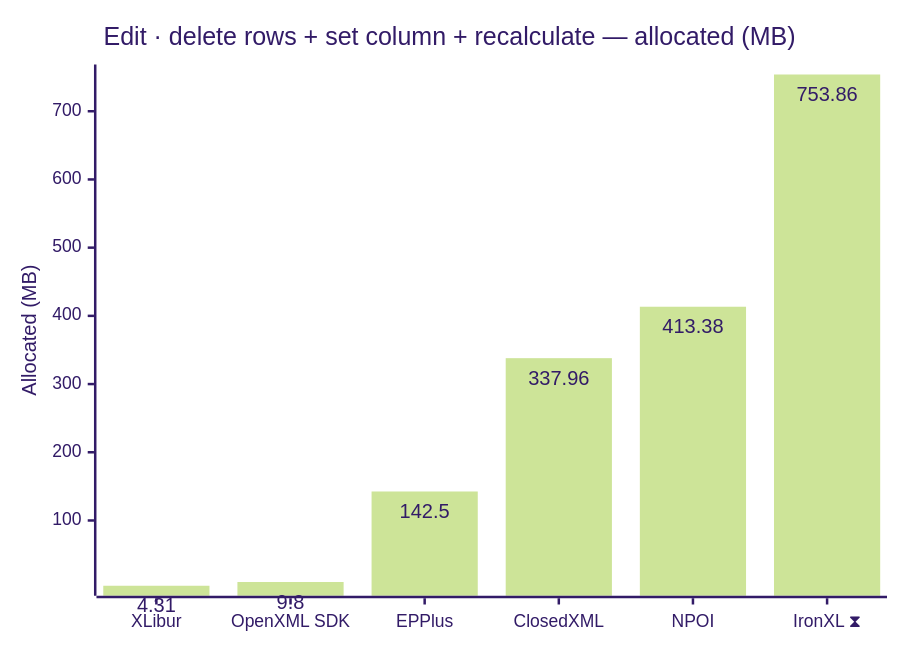
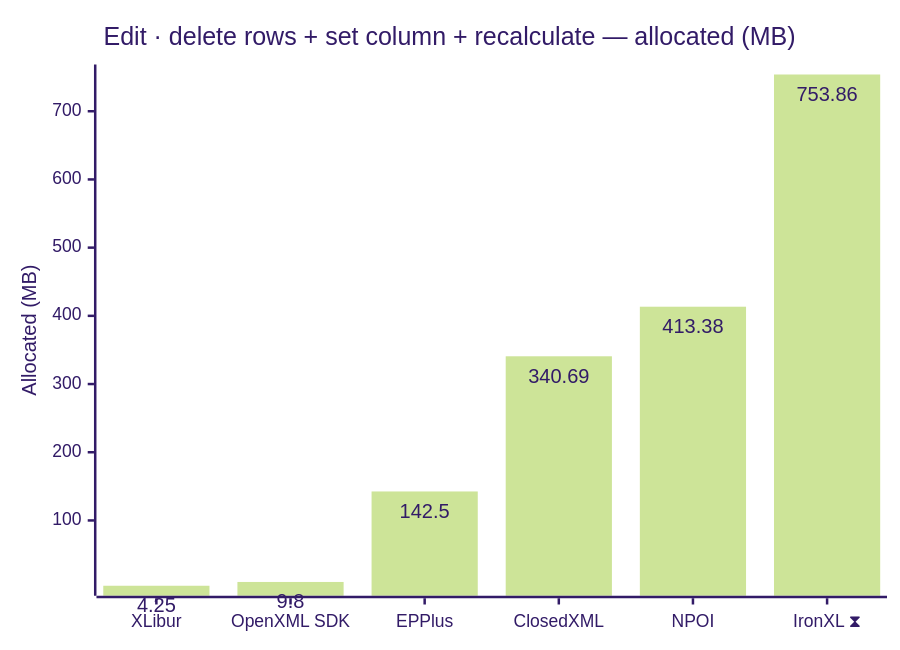
One commit to jafin/XLBench changed the tenth of 12 diagrams in docs/results-ci.md. Above: the diagram before and after it, drawn with Mermaid (forest theme). The commit also changed other lines of this file, not shown here.

````diff
--- a/docs/results-ci.md
+++ b/docs/results-ci.md
@@ -158,12 +158,12 @@
 ```mermaid
 ---
 config:
   xyChart:
     showDataLabel: true
 ---
 xychart-beta
     title "Edit · delete rows + set column + recalculate — allocated (MB)"
     x-axis ["XLibur", "OpenXML SDK", "EPPlus", "ClosedXML", "NPOI", "IronXL ⧗"]
     y-axis "Allocated (MB)"
-    bar [4.31, 9.8, 142.5, 337.96, 413.38, 753.86]
+    bar [4.25, 9.8, 142.5, 340.69, 413.38, 753.86]
 ```
````
